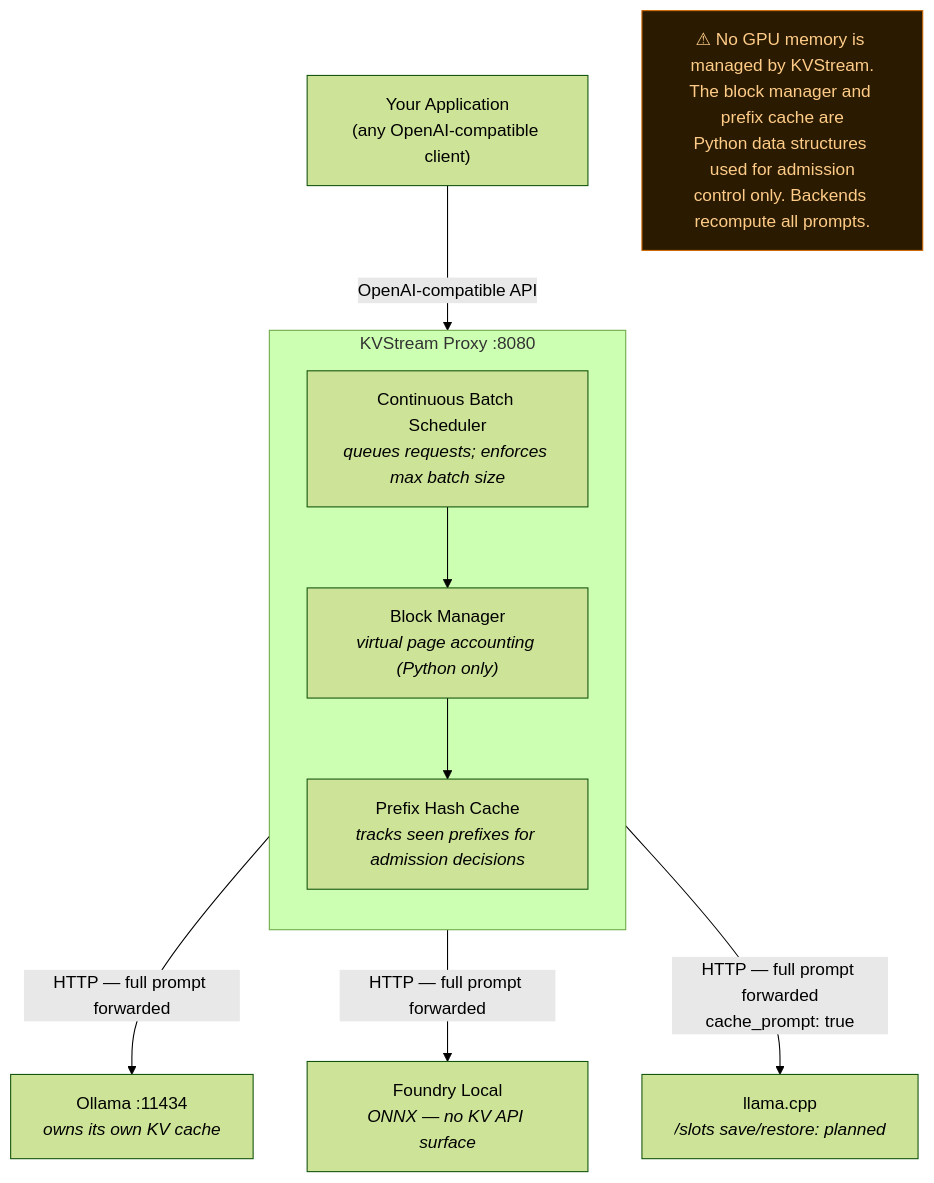
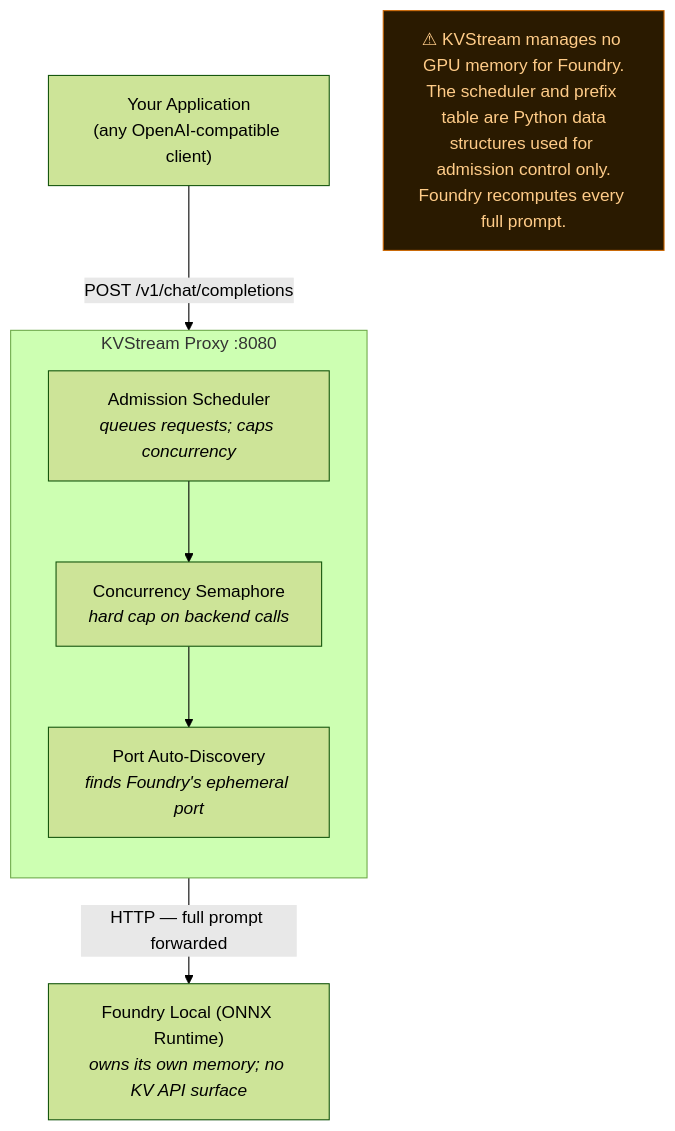
The diagram in README.md (microsoft/KVstream), drawn with Mermaid (forest theme) before and after one commit. The commit also changed other lines of this file and 1 other file, not shown here.

````diff
--- a/README.md
+++ b/README.md
@@ -40,21 +69,19 @@
 ```mermaid
 flowchart TD
     App["Your Application<br/>(any OpenAI-compatible client)"]
-    App -->|"OpenAI-compatible API"| Proxy
+    App -->|"POST /v1/chat/completions"| Proxy
 
     subgraph Proxy["KVStream Proxy :8080"]
         direction TB
-        Sched["Continuous Batch Scheduler<br/><i>queues requests; enforces max batch size</i>"]
-        Block["Block Manager<br/><i>virtual page accounting (Python only)</i>"]
-        Prefix["Prefix Hash Cache<br/><i>tracks seen prefixes for admission decisions</i>"]
-        Sched --> Block
-        Block --> Prefix
+        Sched["Admission Scheduler<br/><i>queues requests; caps concurrency</i>"]
+        Sem["Concurrency Semaphore<br/><i>hard cap on backend calls</i>"]
+        Disc["Port Auto-Discovery<br/><i>finds Foundry's ephemeral port</i>"]
+        Sched --> Sem
+        Sem --> Disc
     end
 
-    Proxy -->|"HTTP — full prompt forwarded"| Ollama["Ollama :11434<br/><i>owns its own KV cache</i>"]
-    Proxy -->|"HTTP — full prompt forwarded"| Foundry["Foundry Local<br/><i>ONNX — no KV API surface</i>"]
-    Proxy -->|"HTTP — full prompt forwarded<br/>cache_prompt: true"| Llama["llama.cpp<br/><i>/slots save/restore: planned</i>"]
+    Proxy -->|"HTTP — full prompt forwarded"| Foundry["Foundry Local (ONNX Runtime)<br/><i>owns its own memory; no KV API surface</i>"]
 
-    note["⚠ No GPU memory is managed by KVStream.<br/>The block manager and prefix cache are<br/>Python data structures used for admission<br/>control only. Backends recompute all prompts."]
+    note["⚠ KVStream manages no GPU memory for Foundry.<br/>The scheduler and prefix table are Python data<br/>structures used for admission control only.<br/>Foundry recomputes every full prompt."]
     style note fill:#2a1a00,stroke:#cc6600,color:#ffcc88
 ```
````
